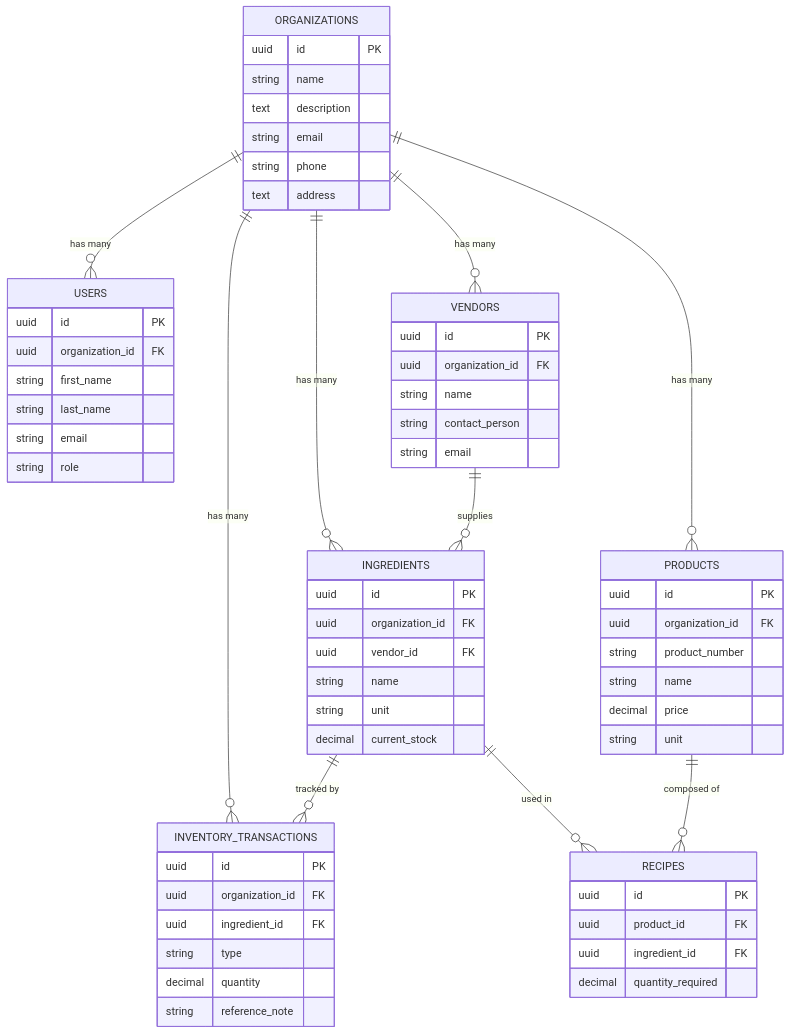
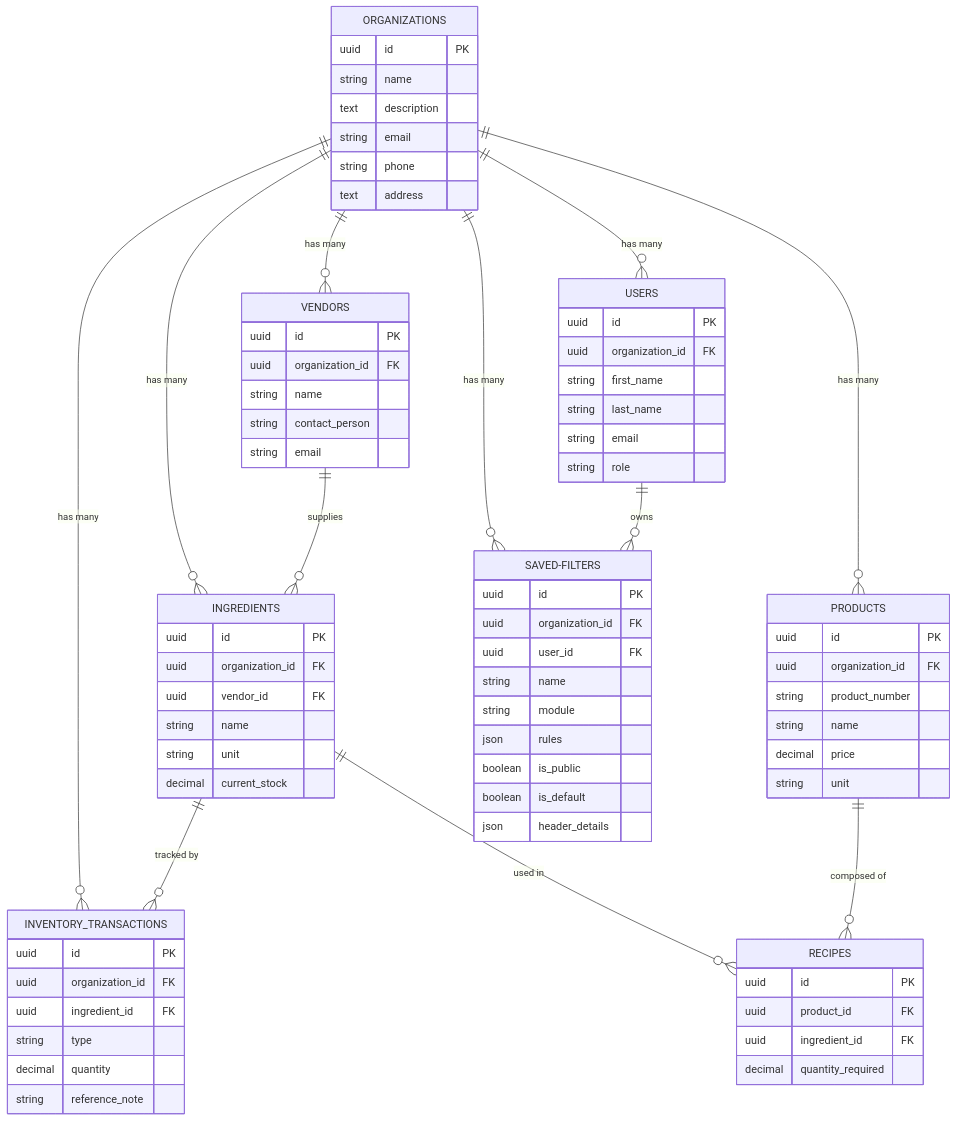
The diagram in app_overview.md (vprempn16/WS_Bakery), drawn with Mermaid before and after one commit. The commit also changed other lines of this file and 2 other files, not shown here.

````diff
--- a/app_overview.md
+++ b/app_overview.md
@@ -232,6 +258,9 @@
     INGREDIENTS ||--o{ RECIPES : "used in"
 
     PRODUCTS ||--o{ RECIPES : "composed of"
+
+    ORGANIZATIONS ||--o{ "SAVED-FILTERS" : "has many"
+    USERS ||--o{ "SAVED-FILTERS" : "owns"
 
     ORGANIZATIONS {
         uuid id PK
@@ -292,4 +321,16 @@
         decimal quantity
         string reference_note
     }
+
+    "SAVED-FILTERS" {
+        uuid id PK
+        uuid organization_id FK
+        uuid user_id FK
+        string name
+        string module
+        json rules
+        boolean is_public
+        boolean is_default
+        json header_details
+    }
 ```
````
